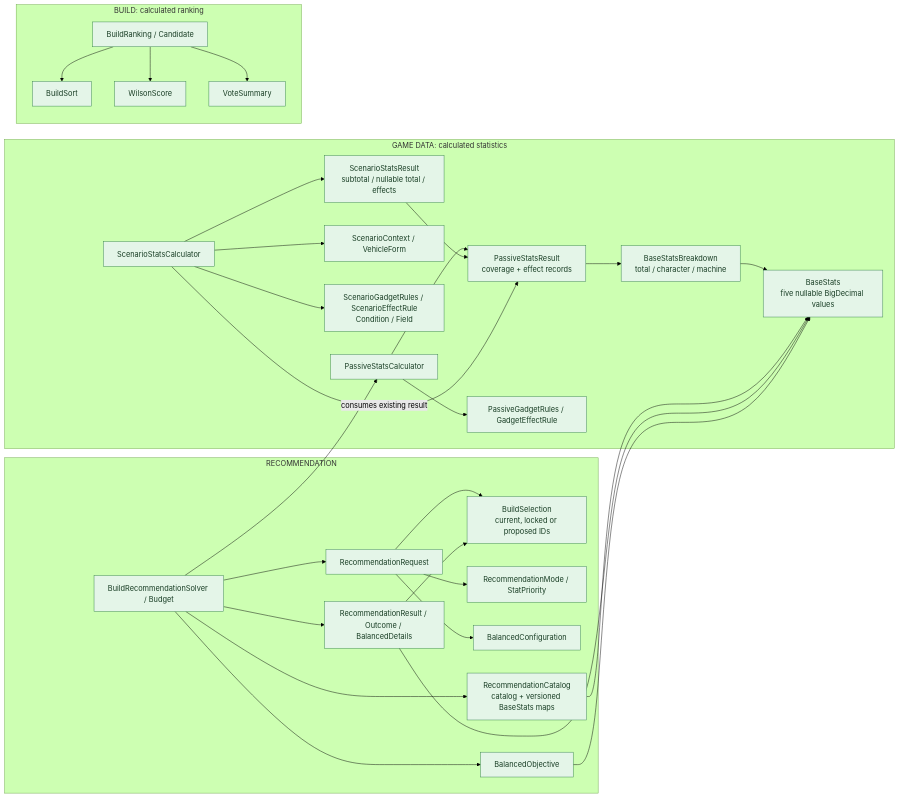
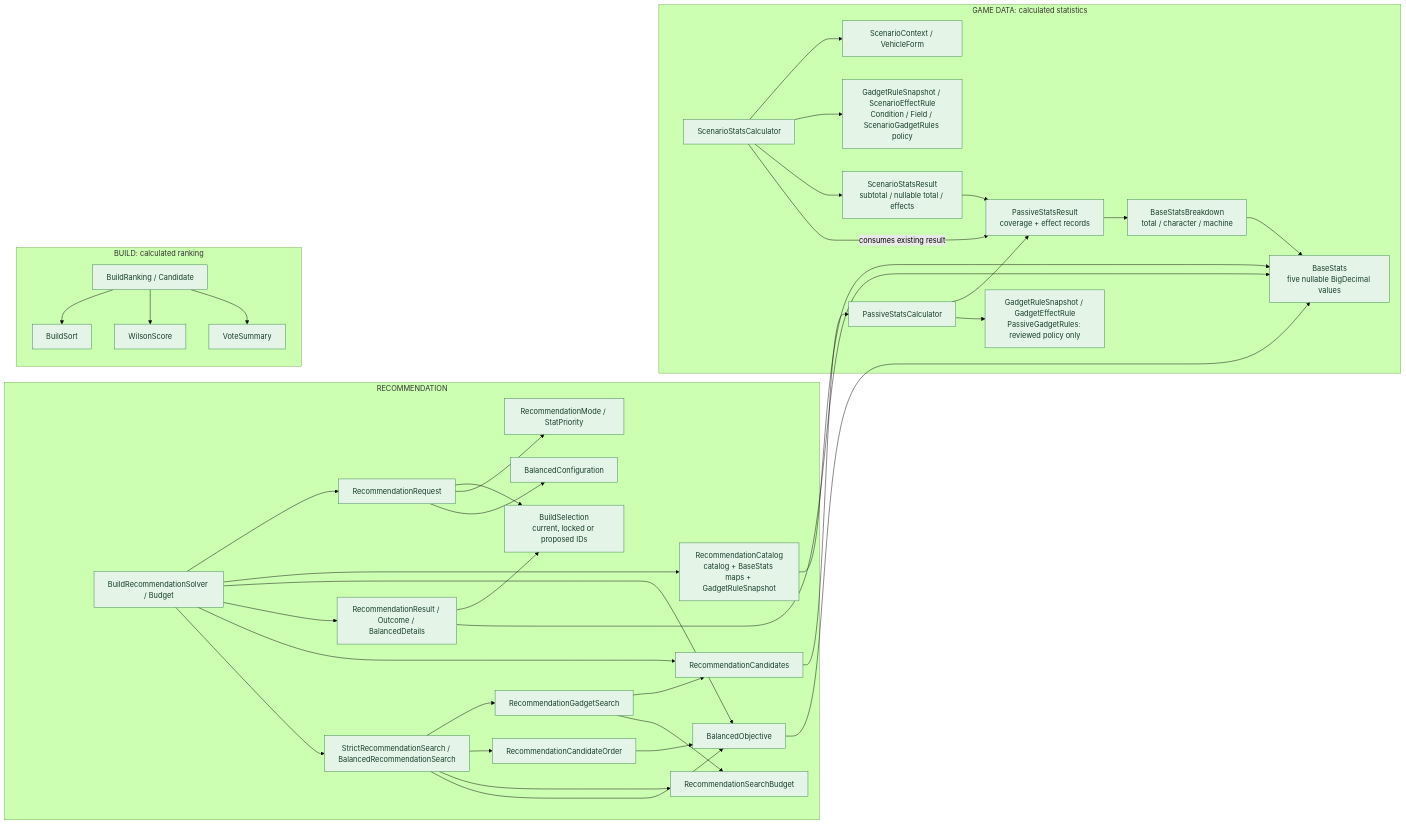
Before and after one commit to alexungu04genoff/RingLab: the diagram in docs/architecture/domain-calculations.mmd, drawn with Mermaid (forest theme). The commit also changed 66 other files, not shown here.

Commit message:
feat(game-data): externalize versioned gadget rule facts

```diff
--- a/docs/architecture/domain-calculations.mmd
+++ b/docs/architecture/domain-calculations.mmd
@@ -1,44 +1,53 @@
 flowchart LR
   subgraph recommendation["RECOMMENDATION"]
     request["RecommendationRequest"]:::domain
     selection["BuildSelection<br/>current, locked or proposed IDs"]:::domain
     mode["RecommendationMode / StatPriority"]:::domain
     config["BalancedConfiguration"]:::domain
-    catalog["RecommendationCatalog<br/>catalog + versioned BaseStats maps"]:::domain
+    catalog["RecommendationCatalog<br/>catalog + BaseStats maps + GadgetRuleSnapshot"]:::domain
     solver["BuildRecommendationSolver / Budget"]:::domain
     objective["BalancedObjective"]:::domain
     result["RecommendationResult / Outcome / BalancedDetails"]:::domain
     request --> selection
     request --> mode
     request --> config
     solver --> request
     solver --> catalog
     solver --> objective
     solver --> result
+    solver --> candidates["RecommendationCandidates"]:::domain
+    solver --> searches["StrictRecommendationSearch / BalancedRecommendationSearch"]:::domain
+    searches --> gadgets["RecommendationGadgetSearch"]:::domain
+    searches --> order["RecommendationCandidateOrder"]:::domain
+    searches --> budget["RecommendationSearchBudget"]:::domain
+    gadgets --> candidates
+    gadgets --> budget
+    searches --> objective
+    order --> objective
     result --> selection
   end
   subgraph stats["GAME DATA: calculated statistics"]
     base["BaseStats<br/>five nullable BigDecimal values"]:::domain
     breakdown["BaseStatsBreakdown<br/>total / character / machine"]:::domain --> base
     passive["PassiveStatsResult<br/>coverage + effect records"]:::domain --> breakdown
     pc["PassiveStatsCalculator"]:::domain --> passive
-    pr["PassiveGadgetRules / GadgetEffectRule"]:::domain
+    pr["GadgetRuleSnapshot / GadgetEffectRule<br/>PassiveGadgetRules: reviewed policy only"]:::domain
     pc --> pr
     context["ScenarioContext / VehicleForm"]:::domain
     sc["ScenarioStatsCalculator"]:::domain --> context
-    sr["ScenarioGadgetRules / ScenarioEffectRule<br/>Condition / Field"]:::domain
+    sr["GadgetRuleSnapshot / ScenarioEffectRule<br/>Condition / Field / ScenarioGadgetRules policy"]:::domain
     sc --> sr
     scenario["ScenarioStatsResult<br/>subtotal / nullable total / effects"]:::domain --> passive
     sc --> scenario
     sc -->|"consumes existing result"| passive
   end
   subgraph ranking["BUILD: calculated ranking"]
     rank["BuildRanking / Candidate"]:::domain --> sort["BuildSort"]:::domain
     rank --> wilson["WilsonScore"]:::domain
     rank --> votes["VoteSummary"]:::domain
   end
-  solver --> pc
+  candidates --> pc
   catalog --> base
   result --> base
   objective --> base
   classDef domain fill:#e4f5e8,stroke:#37834c,color:#183d24
```
